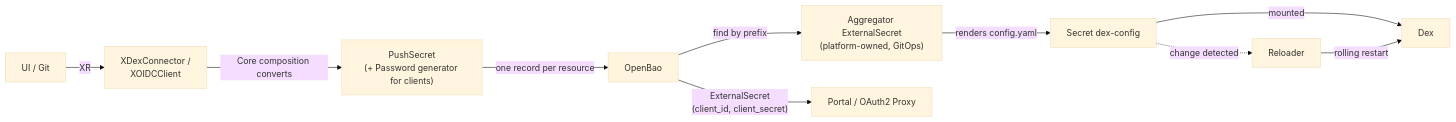
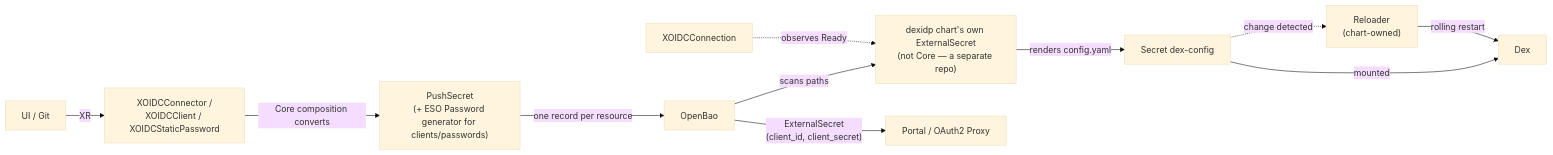
The diagram in development-docs/rfc/004-dex-identity-and-portal-authentication.md (wxops-idp/wxops-core), drawn with Mermaid (base theme) before and after one commit. The commit also changed other lines of this file and 123 other files, not shown here.

````diff
--- a/development-docs/rfc/004-dex-identity-and-portal-authentication.md
+++ b/development-docs/rfc/004-dex-identity-and-portal-authentication.md
@@ -54,12 +76,13 @@
 ```mermaid
 flowchart LR
-    U["UI / Git"] -->|"XR"| X["XDexConnector /<br/>XOIDCClient"]
-    X -->|"Core composition converts"| P["PushSecret<br/>(+ Password generator for clients)"]
+    U["UI / Git"] -->|"XR"| X["XOIDCConnector /<br/>XOIDCClient / XOIDCStaticPassword"]
+    X -->|"Core composition converts"| P["PushSecret<br/>(+ ESO Password generator for clients/passwords)"]
     P -->|"one record per resource"| B["OpenBao"]
-    B -->|"find by prefix"| A["Aggregator ExternalSecret<br/>(platform-owned, GitOps)"]
+    B -->|"scans paths"| A["dexidp chart's own ExternalSecret<br/>(not Core — a separate repo)"]
     A -->|"renders config.yaml"| S["Secret dex-config"]
     S -->|"mounted"| D["Dex"]
-    S -.->|"change detected"| R["Reloader"]
+    S -.->|"change detected"| R["Reloader<br/>(chart-owned)"]
     R -->|"rolling restart"| D
     B -->|"ExternalSecret<br/>(client_id, client_secret)"| C["Portal / OAuth2 Proxy"]
+    X2["XOIDCConnection"] -.->|"observes Ready"| A
 ```
````
